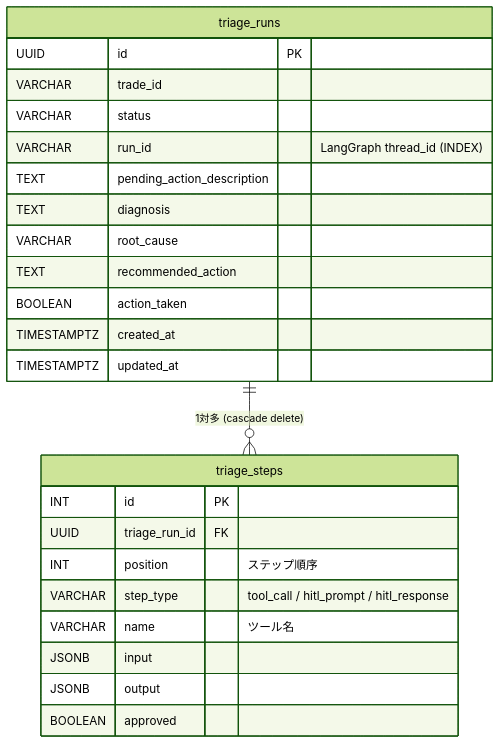
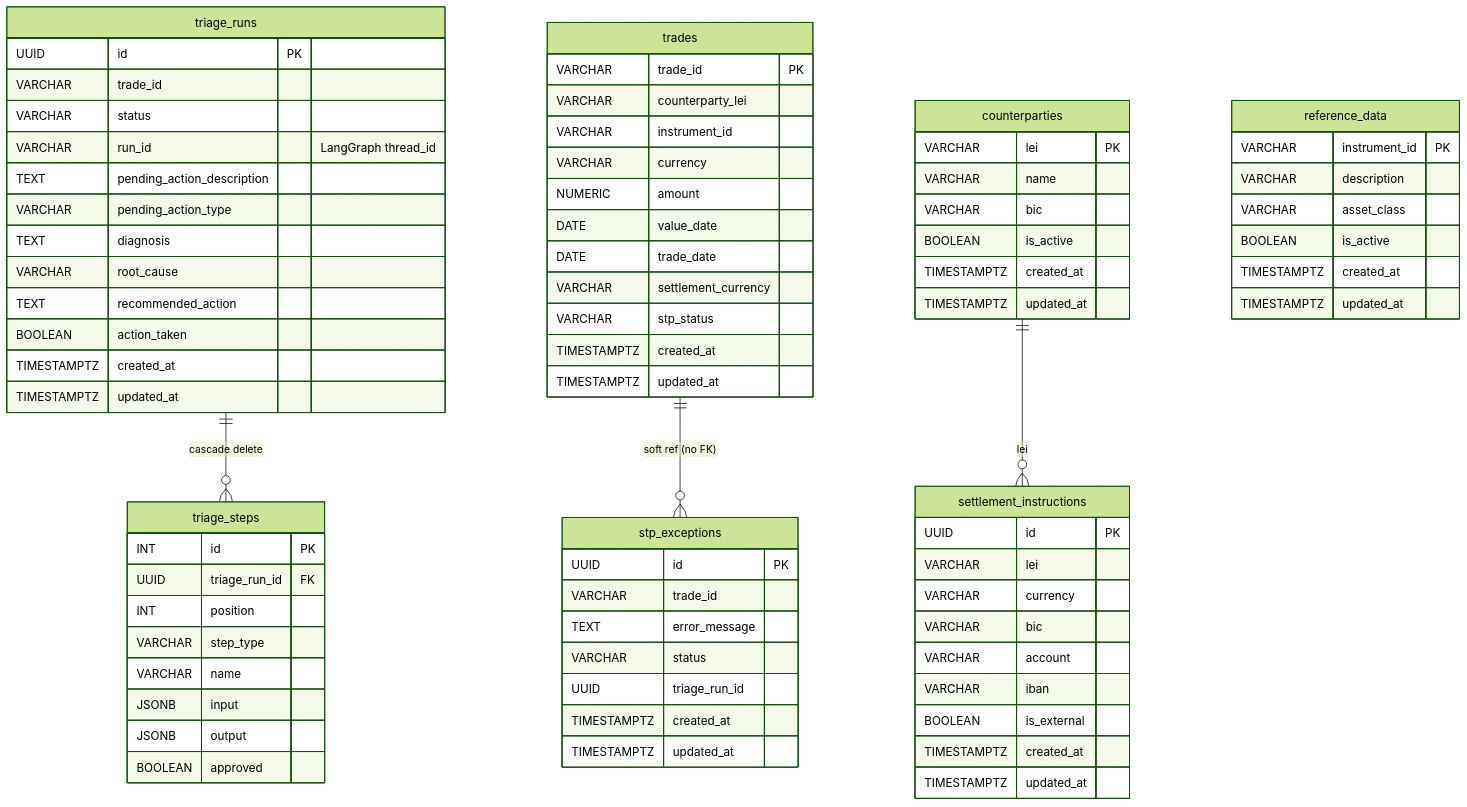
Before and after one commit to inash03/deep_agent_test: the sixth of 6 diagrams in docs/architecture.md, drawn with Mermaid (forest theme). The commit also changed other lines of this file and 2 other files, not shown here.

First line of the commit message:
docs: update README and architecture.md to reflect current state

````diff
--- a/docs/architecture.md
+++ b/docs/architecture.md
@@ -201,27 +236,80 @@
 ```mermaid
 erDiagram
     triage_runs {
         UUID id PK
         VARCHAR trade_id
         VARCHAR status
-        VARCHAR run_id "LangGraph thread_id (INDEX)"
+        VARCHAR run_id "LangGraph thread_id"
         TEXT pending_action_description
+        VARCHAR pending_action_type
         TEXT diagnosis
         VARCHAR root_cause
         TEXT recommended_action
         BOOLEAN action_taken
         TIMESTAMPTZ created_at
         TIMESTAMPTZ updated_at
     }
     triage_steps {
         INT id PK
         UUID triage_run_id FK
-        INT position "ステップ順序"
-        VARCHAR step_type "tool_call / hitl_prompt / hitl_response"
-        VARCHAR name "ツール名"
+        INT position
+        VARCHAR step_type
+        VARCHAR name
         JSONB input
         JSONB output
         BOOLEAN approved
     }
-    triage_runs ||--o{ triage_steps : "1対多 (cascade delete)"
+    trades {
+        VARCHAR trade_id PK
+        VARCHAR counterparty_lei
+        VARCHAR instrument_id
+        VARCHAR currency
+        NUMERIC amount
+        DATE value_date
+        DATE trade_date
+        VARCHAR settlement_currency
+        VARCHAR stp_status
+        TIMESTAMPTZ created_at
+        TIMESTAMPTZ updated_at
+    }
+    counterparties {
+        VARCHAR lei PK
+        VARCHAR name
+        VARCHAR bic
+        BOOLEAN is_active
+        TIMESTAMPTZ created_at
+        TIMESTAMPTZ updated_at
+    }
+    settlement_instructions {
+        UUID id PK
+        VARCHAR lei
+        VARCHAR currency
+        VARCHAR bic
+        VARCHAR account
+        VARCHAR iban
+        BOOLEAN is_external
+        TIMESTAMPTZ created_at
+        TIMESTAMPTZ updated_at
+    }
+    reference_data {
+        VARCHAR instrument_id PK
+        VARCHAR description
+        VARCHAR asset_class
+        BOOLEAN is_active
+        TIMESTAMPTZ created_at
+        TIMESTAMPTZ updated_at
+    }
+    stp_exceptions {
+        UUID id PK
+        VARCHAR trade_id
+        TEXT error_message
+        VARCHAR status
+        UUID triage_run_id
+        TIMESTAMPTZ created_at
+        TIMESTAMPTZ updated_at
+    }
+
+    triage_runs ||--o{ triage_steps : "cascade delete"
+    trades ||--o{ stp_exceptions : "soft ref (no FK)"
+    counterparties ||--o{ settlement_instructions : "lei"
 ```
````
